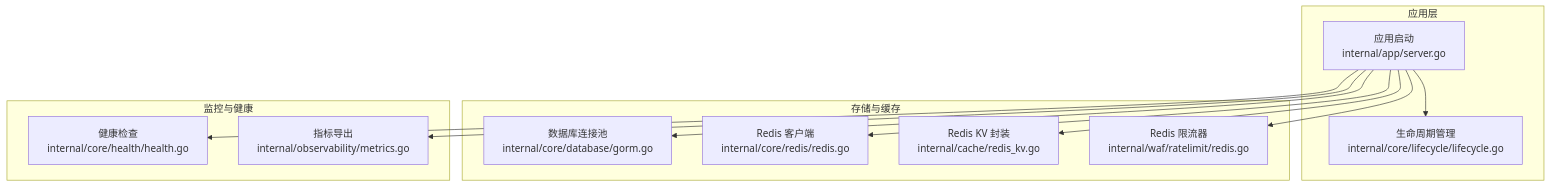
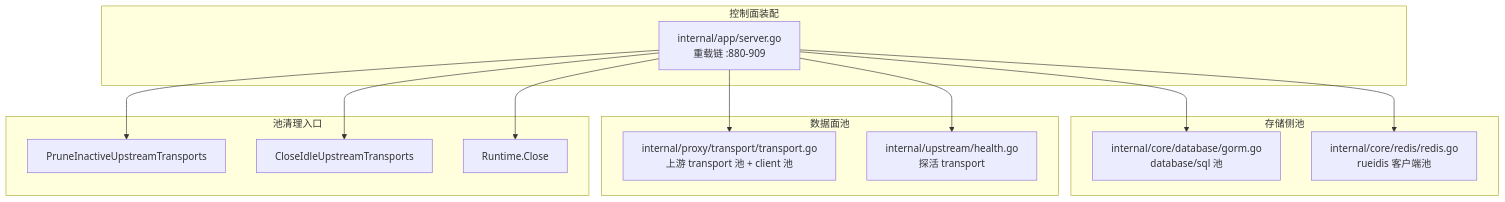
The first of 4 diagrams in docs/扩展与插件系统/存储后端扩展/连接池管理.md (x01n/My-OpenWaf), drawn with Mermaid before and after one commit. The commit also changed other lines of this file and 622 other files, not shown here.

````diff
--- a/docs/扩展与插件系统/存储后端扩展/连接池管理.md
+++ b/docs/扩展与插件系统/存储后端扩展/连接池管理.md
@@ -111,24 +54,26 @@
 ```mermaid
 graph TB
-subgraph "应用层"
-APP["应用启动<br/>internal/app/server.go"]
-LIFE["生命周期管理<br/>internal/core/lifecycle/lifecycle.go"]
-end
-subgraph "存储与缓存"
-DB["数据库连接池<br/>internal/core/database/gorm.go"]
-RDS["Redis 客户端<br/>internal/core/redis/redis.go"]
-RDSKVC["Redis KV 封装<br/>internal/cache/redis_kv.go"]
-RL["Redis 限流器<br/>internal/waf/ratelimit/redis.go"]
-end
-subgraph "监控与健康"
-HC["健康检查<br/>internal/core/health/health.go"]
-METRICS["指标导出<br/>internal/observability/metrics.go"]
-end
-APP --> DB
-APP --> RDS
-APP --> RDSKVC
-APP --> RL
-APP --> HC
-APP --> LIFE
-APP --> METRICS
+    subgraph SA["控制面装配"]
+        APP["internal/app/server.go<br/>重载链 :880-909"]
+    end
+    subgraph SB["存储侧池"]
+        DB["internal/core/database/gorm.go<br/>database/sql 池"]
+        RDS["internal/core/redis/redis.go<br/>rueidis 客户端池"]
+    end
+    subgraph SC["数据面池"]
+        TR["internal/proxy/transport/transport.go<br/>上游 transport 池 + client 池"]
+        HP["internal/upstream/health.go<br/>探活 transport"]
+    end
+    subgraph SD["池清理入口"]
+        PR["PruneInactiveUpstreamTransports"]
+        CI["CloseIdleUpstreamTransports"]
+        CL["Runtime.Close"]
+    end
+    APP --> DB
+    APP --> RDS
+    APP --> TR
+    APP --> HP
+    APP --> PR
+    APP --> CI
+    APP --> CL
 ```
````
